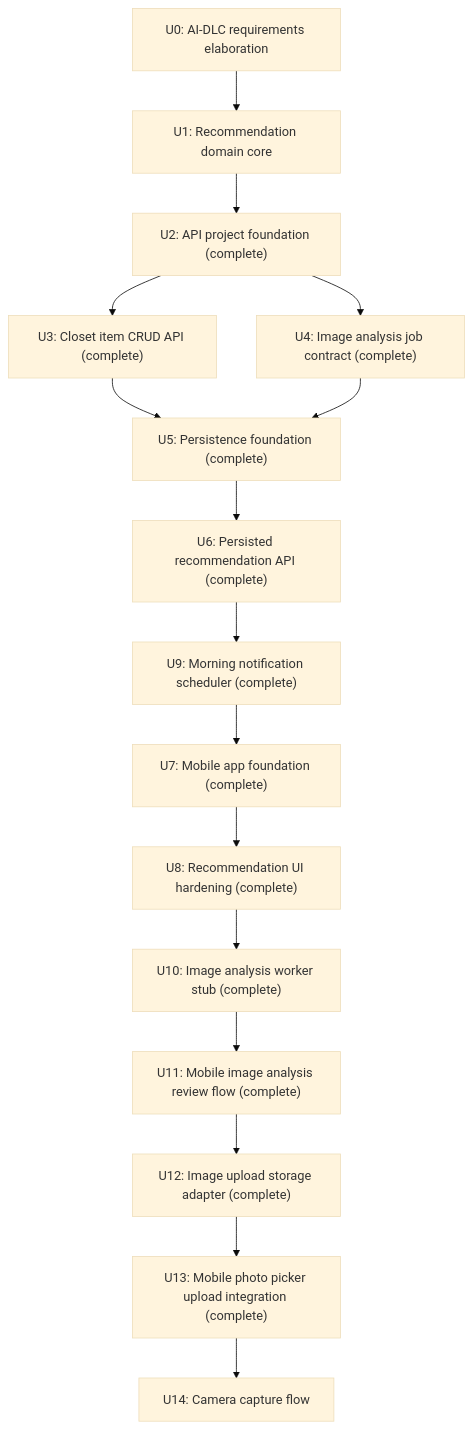
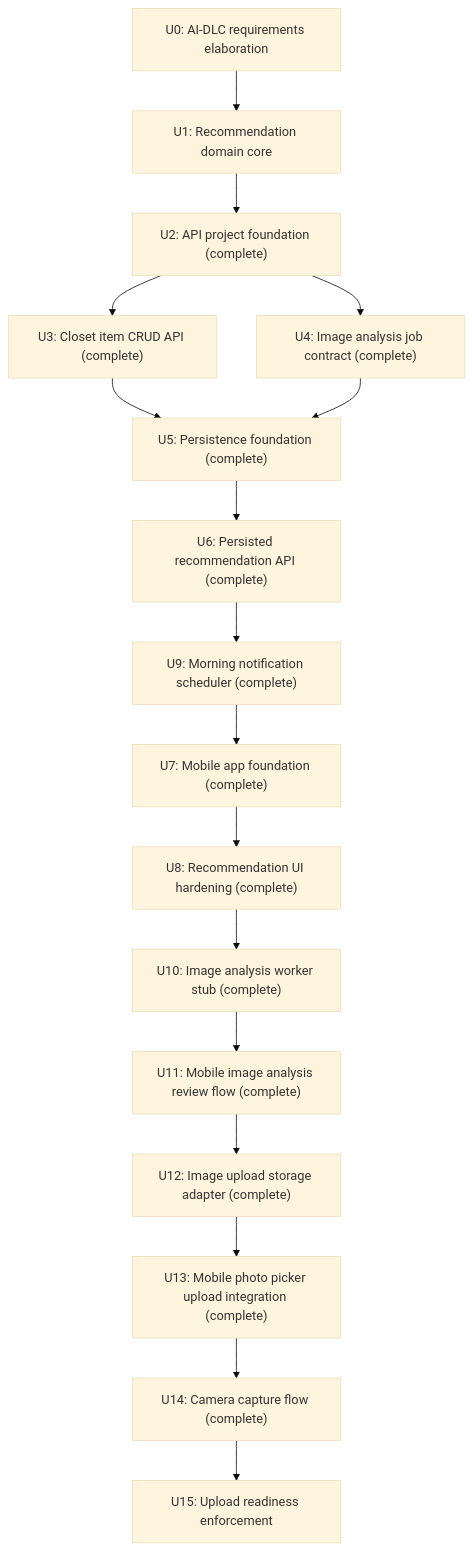
The diagram in requirements/ai_dlc/00_intent.md (idealization/Fitlog), drawn with Mermaid (base theme) before and after one commit. The commit also changed other lines of this file and 5 other files, not shown here.

Commit message:
Add mobile camera capture flow

````diff
--- a/requirements/ai_dlc/00_intent.md
+++ b/requirements/ai_dlc/00_intent.md
@@ -30,18 +30,19 @@
 ```mermaid
 flowchart TD
     U0["U0: AI-DLC requirements elaboration"] --> U1["U1: Recommendation domain core"]
     U1 --> U2["U2: API project foundation (complete)"]
     U2 --> U3["U3: Closet item CRUD API (complete)"]
     U2 --> U4["U4: Image analysis job contract (complete)"]
     U3 --> U5["U5: Persistence foundation (complete)"]
     U4 --> U5
     U5 --> U6["U6: Persisted recommendation API (complete)"]
     U6 --> U9["U9: Morning notification scheduler (complete)"]
     U9 --> U7["U7: Mobile app foundation (complete)"]
     U7 --> U8["U8: Recommendation UI hardening (complete)"]
     U8 --> U10["U10: Image analysis worker stub (complete)"]
     U10 --> U11["U11: Mobile image analysis review flow (complete)"]
     U11 --> U12["U12: Image upload storage adapter (complete)"]
     U12 --> U13["U13: Mobile photo picker upload integration (complete)"]
-    U13 --> U14["U14: Camera capture flow"]
+    U13 --> U14["U14: Camera capture flow (complete)"]
+    U14 --> U15["U15: Upload readiness enforcement"]
 ```
````
